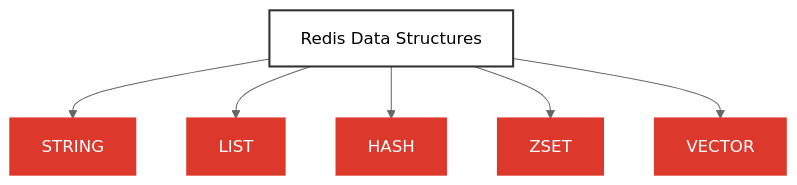
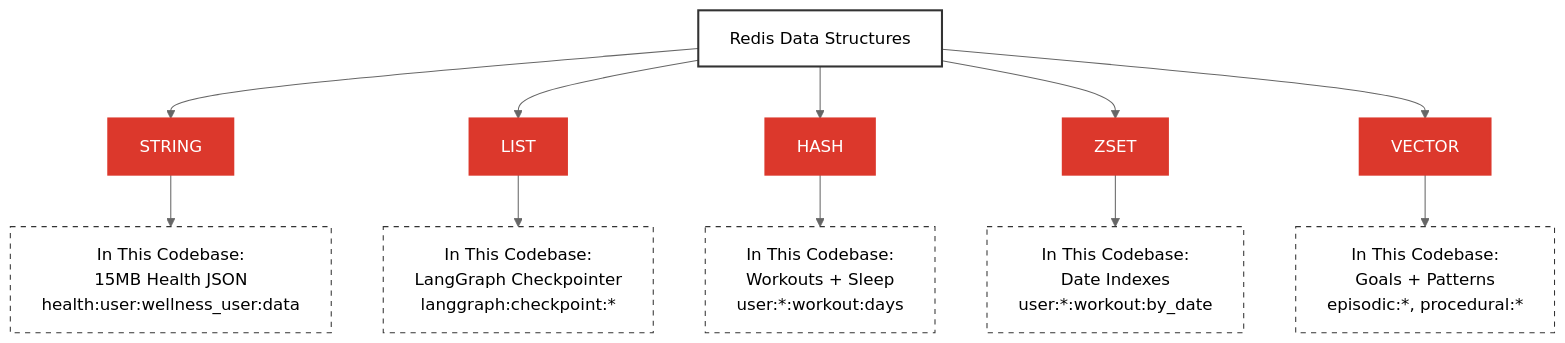
The second of 4 diagrams in docs/11_REDIS_PATTERNS.md (AllieRays/redis-wellness), drawn with Mermaid (neutral theme) before and after one commit. The commit also changed 6 other files, not shown here.

````diff
--- a/docs/11_REDIS_PATTERNS.md
+++ b/docs/11_REDIS_PATTERNS.md
@@ -87,22 +87,39 @@
 ```mermaid
 graph TD
     A[Redis Data Structures]
     B[STRING]
     C[LIST]
     D[HASH]
     E[ZSET]
     F[VECTOR]
 
+    B1["In This Codebase:<br/>15MB Health JSON<br/>health:user:wellness_user:data"]
+    C1["In This Codebase:<br/>LangGraph Checkpointer<br/>langgraph:checkpoint:*"]
+    D1["In This Codebase:<br/>Workouts + Sleep<br/>user:*:workout:days"]
+    E1["In This Codebase:<br/>Date Indexes<br/>user:*:workout:by_date"]
+    F1["In This Codebase:<br/>Goals + Patterns<br/>episodic:*, procedural:*"]
+
     A --> B
     A --> C
     A --> D
     A --> E
     A --> F
+
+    B --> B1
+    C --> C1
+    D --> D1
+    E --> E1
+    F --> F1
 
     style A fill:#fff,stroke:#333,stroke-width:2px
     style B fill:#DC382C,stroke:#DC382C,stroke-width:2px,color:#fff
     style C fill:#DC382C,stroke:#DC382C,stroke-width:2px,color:#fff
     style D fill:#DC382C,stroke:#DC382C,stroke-width:2px,color:#fff
     style E fill:#DC382C,stroke:#DC382C,stroke-width:2px,color:#fff
     style F fill:#DC382C,stroke:#DC382C,stroke-width:2px,color:#fff
+    style B1 fill:#fff,stroke:#333,stroke-width:1px,stroke-dasharray: 5 5
+    style C1 fill:#fff,stroke:#333,stroke-width:1px,stroke-dasharray: 5 5
+    style D1 fill:#fff,stroke:#333,stroke-width:1px,stroke-dasharray: 5 5
+    style E1 fill:#fff,stroke:#333,stroke-width:1px,stroke-dasharray: 5 5
+    style F1 fill:#fff,stroke:#333,stroke-width:1px,stroke-dasharray: 5 5
 ```
````
